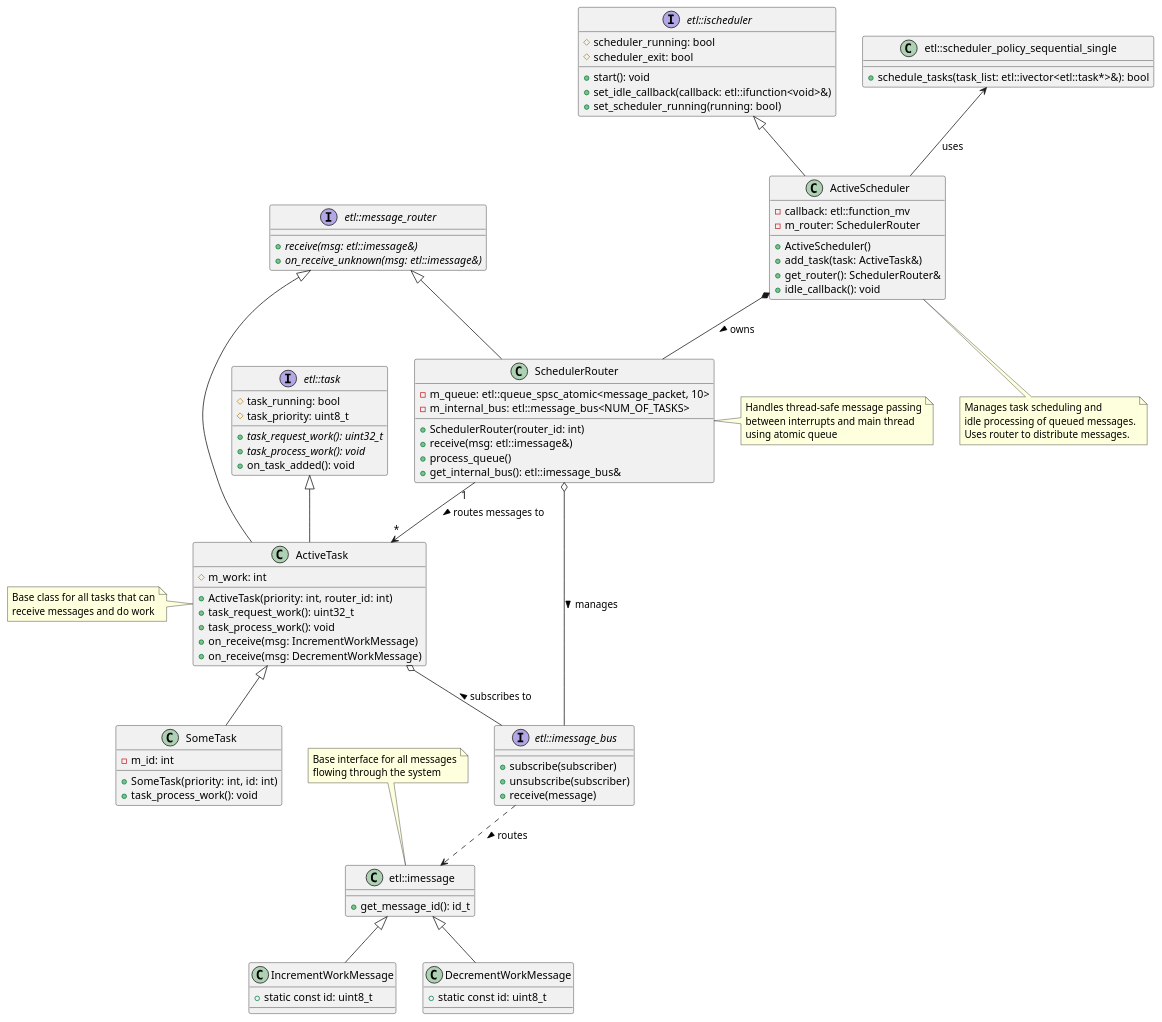
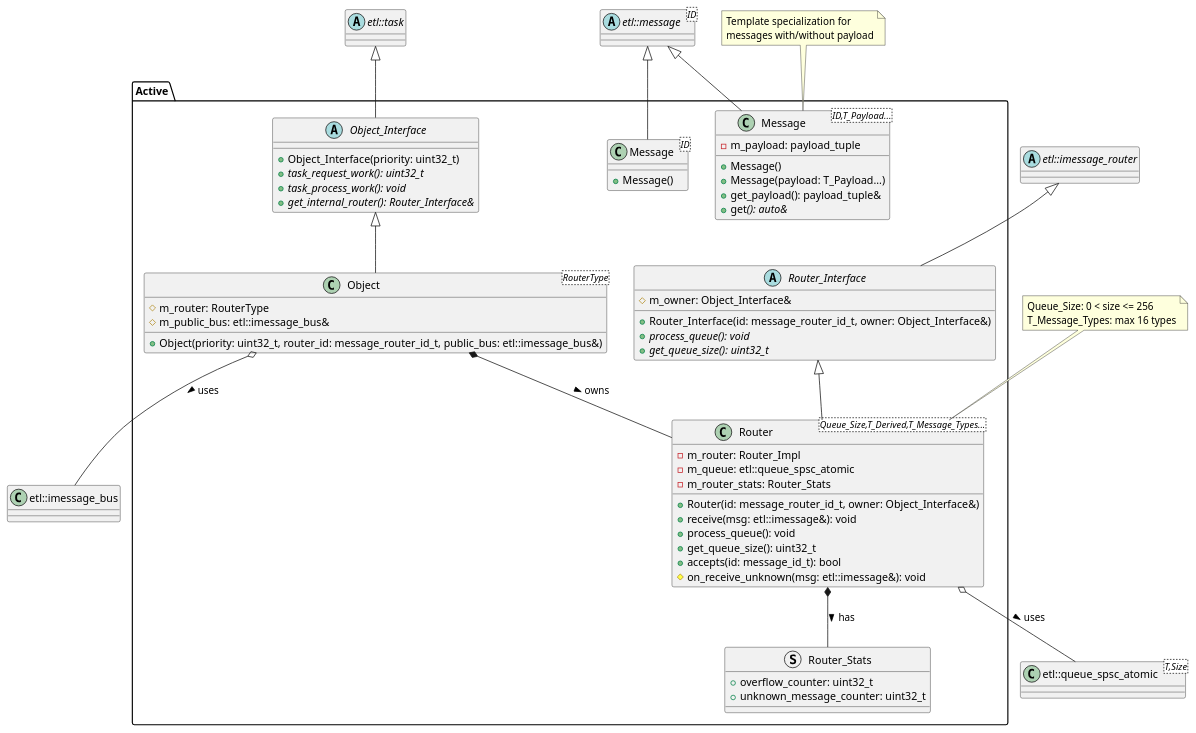
Before and after one commit to szymonhrehorowicz/active_scheduler: the diagram in docs/class_diagram.md, drawn with PlantUML. The commit also changed other lines of this file, not shown here.

Commit message:
update class diagram

````diff
--- a/docs/class_diagram.md
+++ b/docs/class_diagram.md
@@ -5,126 +3,85 @@
 ```plantuml
-@startuml ETL Task Scheduler
+@startuml Active Object Framework
 
-' Base interfaces
-interface "etl::task" as Task {
-  + {abstract} task_request_work(): uint32_t
-  + {abstract} task_process_work(): void
-  + on_task_added(): void
-  # task_running: bool
-  # task_priority: uint8_t
-}
+' External ETL classes
+abstract class "etl::task" as EtlTask
+abstract class "etl::message<ID>" as EtlMessage
+abstract class "etl::imessage_router" as EtlMessageRouter
+class "etl::imessage_bus" as EtlMessageBus
+class "etl::queue_spsc_atomic<T,Size>" as EtlQueue
 
-interface "etl::ischeduler" as IScheduler {
-  + start(): void
-  + set_idle_callback(callback: etl::ifunction<void>&)
-  + set_scheduler_running(running: bool)
-  # scheduler_running: bool
-  # scheduler_exit: bool
-}
+' Active Framework Interfaces
+namespace Active {
+    abstract class Object_Interface {
+        + Object_Interface(priority: uint32_t)
+        + {abstract} task_request_work(): uint32_t
+        + {abstract} task_process_work(): void
+        + {abstract} get_internal_router(): Router_Interface&
+    }
 
-interface "etl::message_router" as MessageRouter {
-  + {abstract} receive(msg: etl::imessage&)
-  + {abstract} on_receive_unknown(msg: etl::imessage&)
-}
+    abstract class Router_Interface {
+        + Router_Interface(id: message_router_id_t, owner: Object_Interface&)
+        + {abstract} process_queue(): void
+        + {abstract} get_queue_size(): uint32_t
+        # m_owner: Object_Interface&
+    }
 
-interface "etl::imessage_bus" as IMessageBus {
-  + subscribe(subscriber)
-  + unsubscribe(subscriber)
-  + receive(message)
-}
+    struct Router_Stats {
+        + overflow_counter: uint32_t
+        + unknown_message_counter: uint32_t
+    }
 
-' Policy class
-class "etl::scheduler_policy_sequential_single" as SchedulerPolicy {
-  + schedule_tasks(task_list: etl::ivector<etl::task*>&): bool
-}
+    ' Template Classes
+    class "Object<RouterType>" as Object {
+        + Object(priority: uint32_t, router_id: message_router_id_t, public_bus: etl::imessage_bus&)
+        # m_router: RouterType
+        # m_public_bus: etl::imessage_bus&
+    }
 
-' Our implementation classes
-class ActiveScheduler {
-  + ActiveScheduler()
-  + add_task(task: ActiveTask&)
-  + get_router(): SchedulerRouter&
-  + idle_callback(): void
-  - callback: etl::function_mv
-  - m_router: SchedulerRouter
-}
+    class "Router<Queue_Size,T_Derived,T_Message_Types...>" as Router {
+        + Router(id: message_router_id_t, owner: Object_Interface&)
+        + receive(msg: etl::imessage&): void
+        + process_queue(): void
+        + get_queue_size(): uint32_t
+        + accepts(id: message_id_t): bool
+        # on_receive_unknown(msg: etl::imessage&): void
+        - m_router: Router_Impl
+        - m_queue: etl::queue_spsc_atomic
+        - m_router_stats: Router_Stats
+    }
 
-class ActiveTask {
-  + ActiveTask(priority: int, router_id: int)
-  + task_request_work(): uint32_t
-  + task_process_work(): void
-  + on_receive(msg: IncrementWorkMessage)
-  + on_receive(msg: DecrementWorkMessage)
-  # m_work: int
-}
+    class "Message<ID>" as MessageNoPayload {
+        + Message()
+    }
 
-class SchedulerRouter {
-  + SchedulerRouter(router_id: int)
-  + receive(msg: etl::imessage&)
-  + process_queue()
-  + get_internal_bus(): etl::imessage_bus&
-  - m_queue: etl::queue_spsc_atomic<message_packet, 10>  
-  - m_internal_bus: etl::message_bus<NUM_OF_TASKS>
-}
-
-class SomeTask {
-  + SomeTask(priority: int, id: int)
-  + task_process_work(): void
-  - m_id: int
-}
-
-' Message types
-class "etl::imessage" as IMessage {
-  + get_message_id(): id_t
-}
-
-class IncrementWorkMessage {
-  + static const id: uint8_t
-}
-
-class DecrementWorkMessage {
-  + static const id: uint8_t
+    class "Message<ID,T_Payload...>" as MessageWithPayload {
+        + Message()
+        + Message(payload: T_Payload...)
+        + get_payload(): payload_tuple&
+        + get<I>(): auto&
+        - m_payload: payload_tuple
+    }
 }
 
 ' Inheritance relationships
-IScheduler <|-- ActiveScheduler
-Task <|-- ActiveTask
-MessageRouter <|-- ActiveTask
-MessageRouter <|-- SchedulerRouter
-ActiveTask <|-- SomeTask
-IMessage <|-- IncrementWorkMessage
-IMessage <|-- DecrementWorkMessage
+EtlTask <|-- Active.Object_Interface
+EtlMessageRouter <|-- Active.Router_Interface
+Active.Object_Interface <|-- Active.Object
+Active.Router_Interface <|-- Active.Router
+EtlMessage <|-- Active.MessageNoPayload
+EtlMessage <|-- Active.MessageWithPayload
 
-' Usage relationships
-SchedulerPolicy <-- ActiveScheduler : uses
-ActiveScheduler *-- SchedulerRouter : owns >
-SchedulerRouter o-- IMessageBus : manages >
-ActiveTask o-- IMessageBus : subscribes to <
-IMessageBus ..> IMessage : routes >
+' Composition/Association relationships
+Active.Object *-- Active.Router : owns >
+Active.Router *-- Active.Router_Stats : has >
+Active.Router o-- EtlQueue : uses >
+Active.Object o-- EtlMessageBus : uses >
 
-' Message flow
-SchedulerRouter "1" --> "*" ActiveTask : routes messages to >
+note "Queue_Size: 0 < size <= 256\nT_Message_Types: max 16 types" as N1
+N1 .. Active.Router
 
-note top of IMessage
-  Base interface for all messages
-  flowing through the system
-end note
-
-note left of ActiveTask
-  Base class for all tasks that can
-  receive messages and do work
-end note
-
-note right of SchedulerRouter
-  Handles thread-safe message passing
-  between interrupts and main thread
-  using atomic queue
-end note
-
-note bottom of ActiveScheduler
-  Manages task scheduling and
-  idle processing of queued messages.
-  Uses router to distribute messages.
-end note
+note "Template specialization for\nmessages with/without payload" as N2
+N2 .. Active.MessageWithPayload
 
 @enduml
 ```
````
